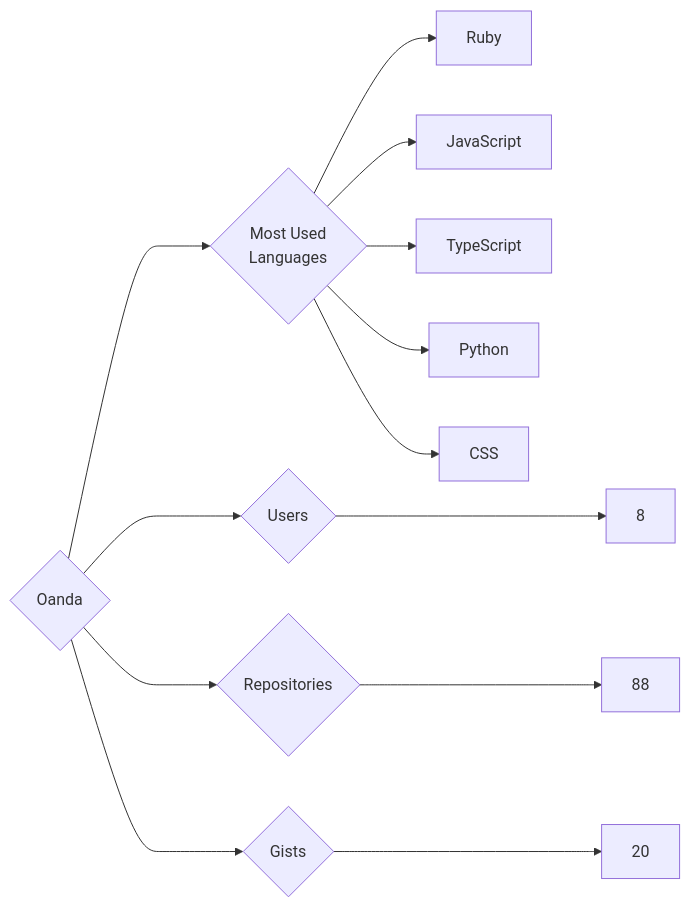
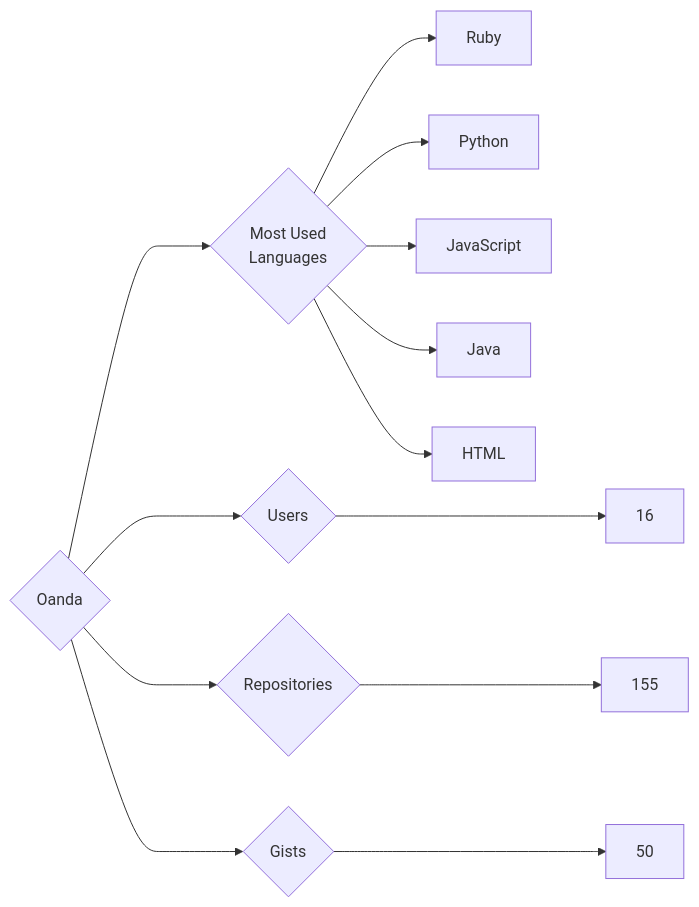
One commit to trickest/insiders changed the diagram in targets/Oanda/README.md. Above: the diagram before and after it, drawn with Mermaid. The commit also changed 835 other files, not shown here.

````diff
--- a/targets/Oanda/README.md
+++ b/targets/Oanda/README.md
@@ -3,13 +3,13 @@
 ```mermaid
 graph LR
 COMPANY_NAME{Oanda}
-COMPANY_NAME ---> U{Users} ---> UN[8]
-COMPANY_NAME ---> R{Repositories} ---> RN[88]
-COMPANY_NAME ---> G{Gists} ---> GN[20]
+COMPANY_NAME ---> U{Users} ---> UN[16]
+COMPANY_NAME ---> R{Repositories} ---> RN[155]
+COMPANY_NAME ---> G{Gists} ---> GN[50]
 COMPANY_NAME ---> ML{Most Used<br>Languages}
 ML --> Ruby[Ruby]
+ML --> Python[Python]
 ML --> JavaScript[JavaScript]
-ML --> TypeScript[TypeScript]
-ML --> Python[Python]
-ML --> CSS[CSS]
+ML --> Java[Java]
+ML --> HTML[HTML]
 ```
````
